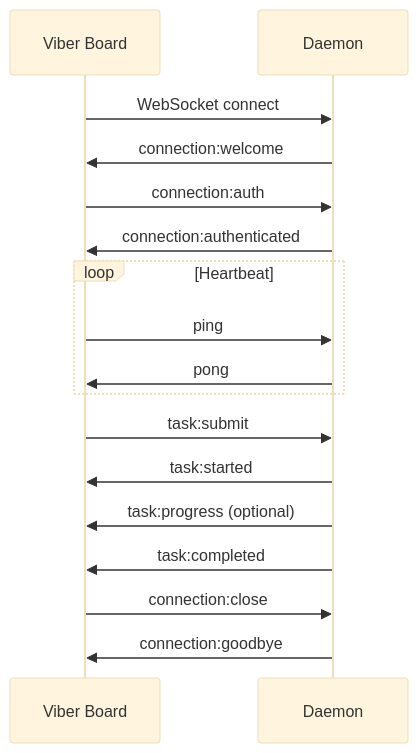
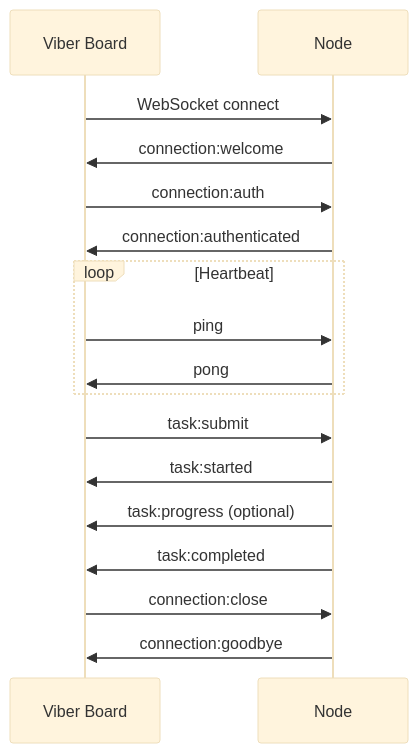
Before and after one commit to dustland/openviber: the diagram in docs/design/protocol.md, drawn with Mermaid (base theme). The commit also changed other lines of this file and 35 other files, not shown here.

````diff
--- a/docs/design/protocol.md
+++ b/docs/design/protocol.md
@@ -12,23 +12,23 @@
 ```mermaid
 sequenceDiagram
     participant Board as Viber Board
-    participant Daemon as Daemon
+    participant Node as Node
 
-    Board->>Daemon: WebSocket connect
-    Daemon->>Board: connection:welcome
-    Board->>Daemon: connection:auth
-    Daemon->>Board: connection:authenticated
+    Board->>Node: WebSocket connect
+    Node->>Board: connection:welcome
+    Board->>Node: connection:auth
+    Node->>Board: connection:authenticated
     
     loop Heartbeat
-        Board->>Daemon: ping
-        Daemon->>Board: pong
+        Board->>Node: ping
+        Node->>Board: pong
     end
 
-    Board->>Daemon: task:submit
-    Daemon->>Board: task:started
-    Daemon->>Board: task:progress (optional)
-    Daemon->>Board: task:completed
+    Board->>Node: task:submit
+    Node->>Board: task:started
+    Node->>Board: task:progress (optional)
+    Node->>Board: task:completed
     
-    Board->>Daemon: connection:close
-    Daemon->>Board: connection:goodbye
+    Board->>Node: connection:close
+    Node->>Board: connection:goodbye
 ```
````
